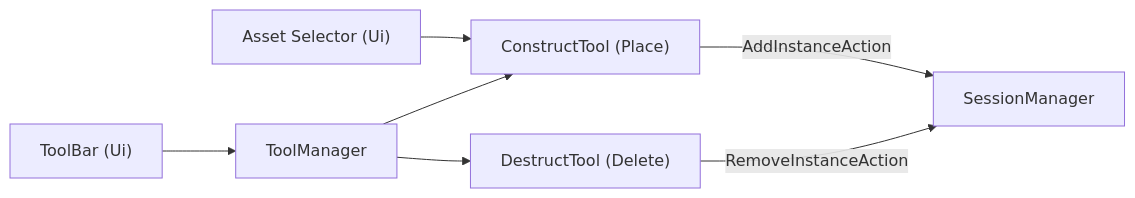
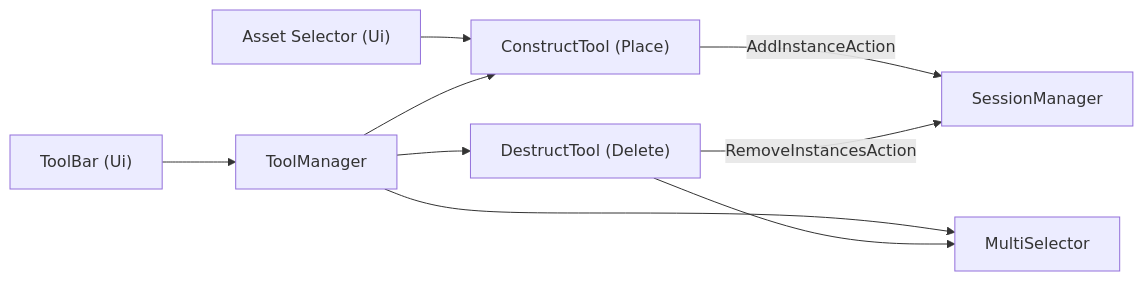
Before and after one commit to SubParSuperCar/Ensemble: the fifth of 5 diagrams in .github/README.md, drawn with Mermaid. The commit also changed other lines of this file and 24 other files, not shown here.

First line of the commit message:
Add MultiSelector & bulk deletion, refine SAT placement, & tidy the input map

````diff
--- a/.github/README.md
+++ b/.github/README.md
@@ -465,9 +466,11 @@
 ```mermaid
 graph LR
     ToolBar["ToolBar (Ui)"] --> ToolManager
     AssetSelector["Asset Selector (Ui)"] --> Construct
     ToolManager --> Construct["ConstructTool (Place)"]
     ToolManager --> Destruct["DestructTool (Delete)"]
     Construct -->|AddInstanceAction| Net[SessionManager]
-    Destruct -->|RemoveInstanceAction| Net
+    ToolManager --> Selector[MultiSelector]
+    Destruct --> Selector
+    Destruct -->|RemoveInstancesAction| Net
 ```
````
